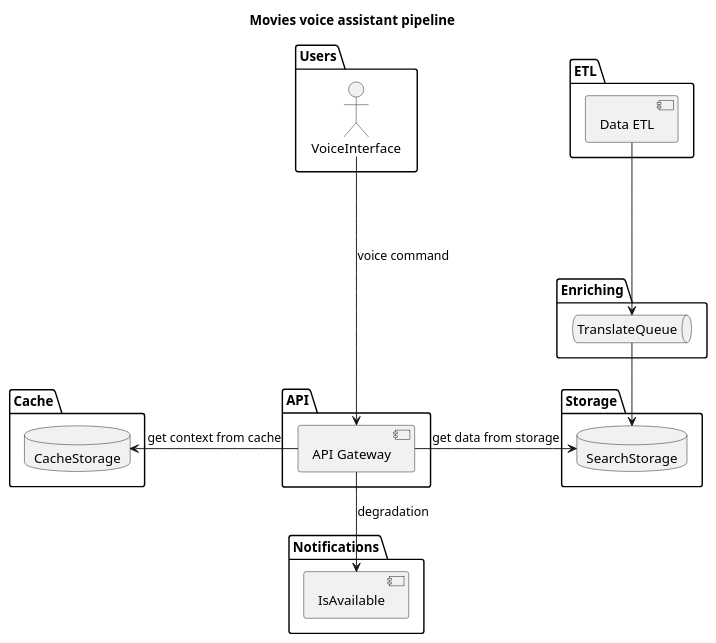
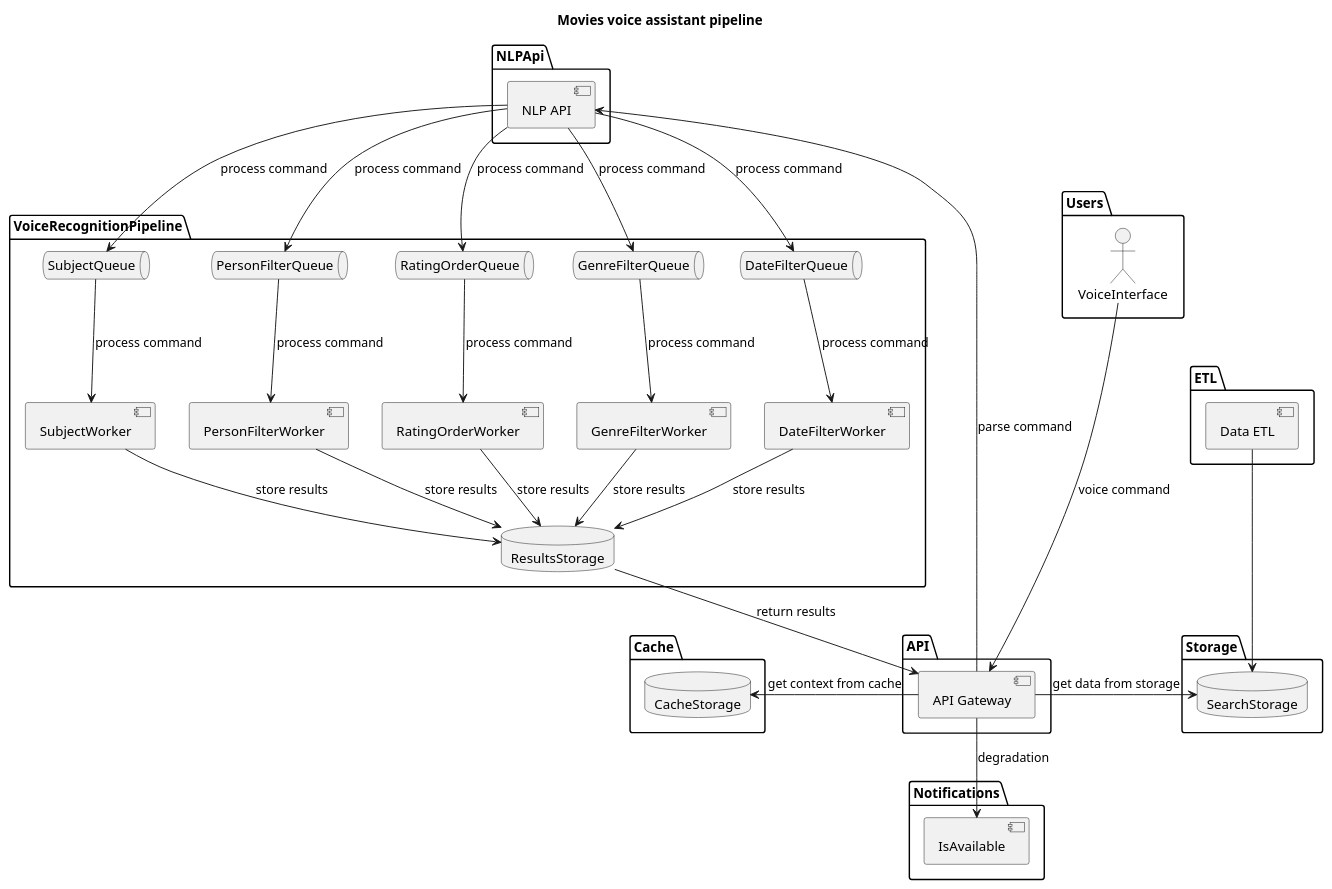
One commit to artwist-polyakov/voice_assistant_midpy changed the diagram in docs/s2-project.puml. Above: the diagram before and after it, drawn with PlantUML. The commit also changed 1 other file, not shown here.

Commit message:
обрновляет схему проекта

```diff
--- a/docs/s2-project.puml
+++ b/docs/s2-project.puml
@@ -1,47 +1,77 @@
 @startuml
 
 title
 <b>Movies voice assistant pipeline</b>
 end title
 
 package Users {
     actor VoiceInterface
 
 }
 
 package ETL {
     [Data ETL]
 }
 
 package API {
     [API Gateway]
 }
 
 package Storage {
    database SearchStorage
 }
 
 package Cache {
     database CacheStorage
 }
 
-package Enriching {
-    queue TranslateQueue
-}
-
 package  Notifications {
     [IsAvailable]
 }
 
+package NLPApi {
+    [NLP API]
+}
+
+package VoiceRecognitionPipeline {
+    queue SubjectQueue
+    queue PersonFilterQueue
+    queue RatingOrderQueue
+    queue GenreFilterQueue
+    queue DateFilterQueue
+    database ResultsStorage
+    [SubjectWorker]
+    [PersonFilterWorker]
+    [RatingOrderWorker]
+    [GenreFilterWorker]
+    [DateFilterWorker]
+}
+
 VoiceInterface --down--> [API Gateway] : voice command
+[API Gateway] --> [NLP API] : parse command
+[NLP API] --> SubjectQueue : process command
+[NLP API] --> PersonFilterQueue : process command
+[NLP API] --> RatingOrderQueue : process command
+[NLP API] --> GenreFilterQueue : process command
+[NLP API] --> DateFilterQueue : process command
+SubjectQueue --> [SubjectWorker] : process command
+PersonFilterQueue --> [PersonFilterWorker] : process command
+RatingOrderQueue --> [RatingOrderWorker] : process command
+GenreFilterQueue --> [GenreFilterWorker] : process command
+DateFilterQueue --> [DateFilterWorker] : process command
+[SubjectWorker] --> ResultsStorage : store results
+[PersonFilterWorker] --> ResultsStorage : store results
+[RatingOrderWorker] --> ResultsStorage : store results
+[GenreFilterWorker] --> ResultsStorage : store results
+[DateFilterWorker] --> ResultsStorage : store results
+ResultsStorage --> [API Gateway] : return results
 
 [API Gateway] -left-> CacheStorage : get context from cache
 
 [API Gateway] -right-> SearchStorage : get data from storage
 
-[Data ETL]  --down-> TranslateQueue
-TranslateQueue -down-> SearchStorage
+[Data ETL]  --down-> SearchStorage
 
 [API Gateway] --> [IsAvailable] : degradation
 
 @enduml
```
